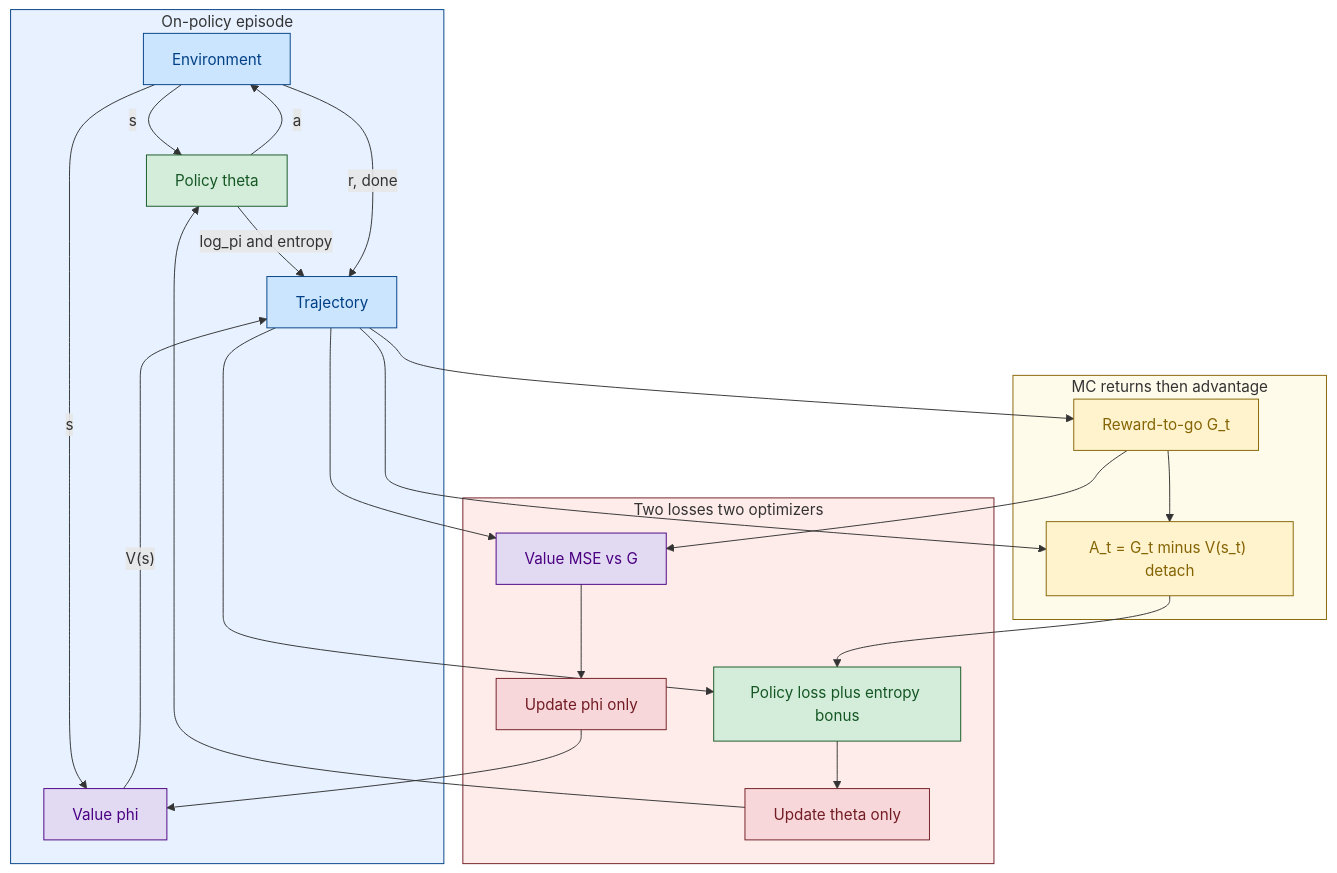
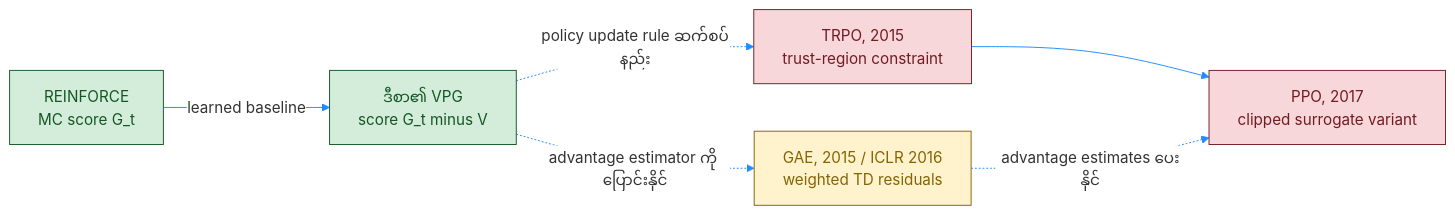
Before and after one commit to Open-Source-Robotics-For-Myanmar/rl: the third of 3 diagrams in Day81 RL python/02_Miguel Morales - Grokking Deep Reinforcement Learning/02_rl_with_dl/rom_photos/07_1_PB_VPG.md, drawn with Mermaid. The commit also changed other lines of this file and 5 other files, not shown here.

Commit message:
docs: organize paper and architecture notes in README

````diff
--- a/Day81 RL python/02_Miguel Morales - Grokking Deep Reinforcement Learning/02_rl_with_dl/rom_photos/07_1_PB_VPG.md
+++ b/Day81 RL python/02_Miguel Morales - Grokking Deep Reinforcement Learning/02_rl_with_dl/rom_photos/07_1_PB_VPG.md
@@ -138,38 +126,16 @@
 ```mermaid
-flowchart TD
-    subgraph Phase1["On-policy episode"]
-        Env["Environment"]:::shared -->|"s"| Pi["Policy theta"]:::policy
-        Env -->|"s"| Vn["Value phi"]:::value
-        Pi -->|"a"| Env
-        Pi -->|"log_pi and entropy"| Buf["Trajectory"]:::shared
-        Vn -->|"V(s)"| Buf
-        Env -->|"r, done"| Buf
-    end
+%%{init: {'theme': 'base', 'themeVariables': { 'primaryColor': '#ffffff', 'lineColor': '#218bff'}}}%%
+flowchart LR
+    R["REINFORCE<br/>MC score G_t"] -->|"learned baseline"| V["ဒီစာ၏ VPG<br/>score G_t minus V"]
+    V -.->|"advantage estimator ကို ပြောင်းနိုင်"| G["GAE, 2015 / ICLR 2016<br/>weighted TD residuals"]
+    V -.->|"policy update rule ဆက်စပ်နည်း"| T["TRPO, 2015<br/>trust-region constraint"]
+    T --> P["PPO, 2017<br/>clipped surrogate variant"]
+    G -.->|"advantage estimates ပေးနိုင်"| P
 
-    subgraph Phase2["MC returns then advantage"]
-        Buf --> Gt["Reward-to-go G_t"]:::sample
-        Gt --> A["A_t = G_t minus V(s_t) detach"]:::sample
-        Buf --> A
-    end
-
-    subgraph Phase3["Two losses two optimizers"]
-        A --> PL["Policy loss plus entropy bonus"]:::policy
-        Gt --> VL["Value MSE vs G"]:::value
-        Buf --> PL
-        Buf --> VL
-        PL --> OptP["Update theta only"]:::train
-        VL --> OptV["Update phi only"]:::train
-        OptP --> Pi
-        OptV --> Vn
-    end
-
-    classDef shared fill:#cce5ff,stroke:#004085,color:#004085
-    classDef policy fill:#d4edda,stroke:#155724,color:#155724
-    classDef sample fill:#fff3cd,stroke:#856404,color:#856404
-    classDef value fill:#e2d9f3,stroke:#4b0082,color:#4b0082
-    classDef train fill:#f8d7da,stroke:#721c24,color:#721c24
-
-    style Phase1 fill:#e7f1ff,stroke:#004085
-    style Phase2 fill:#fffbea,stroke:#856404
-    style Phase3 fill:#fdecea,stroke:#721c24
+    classDef network fill:#d4edda,stroke:#155724,stroke-width:1px,color:#155724;
+    classDef advantage fill:#fff3cd,stroke:#856404,stroke-width:1px,color:#856404;
+    classDef update fill:#f8d7da,stroke:#721c24,stroke-width:1px,color:#721c24;
+    class R,V network;
+    class G advantage;
+    class T,P update;
 ```
````
